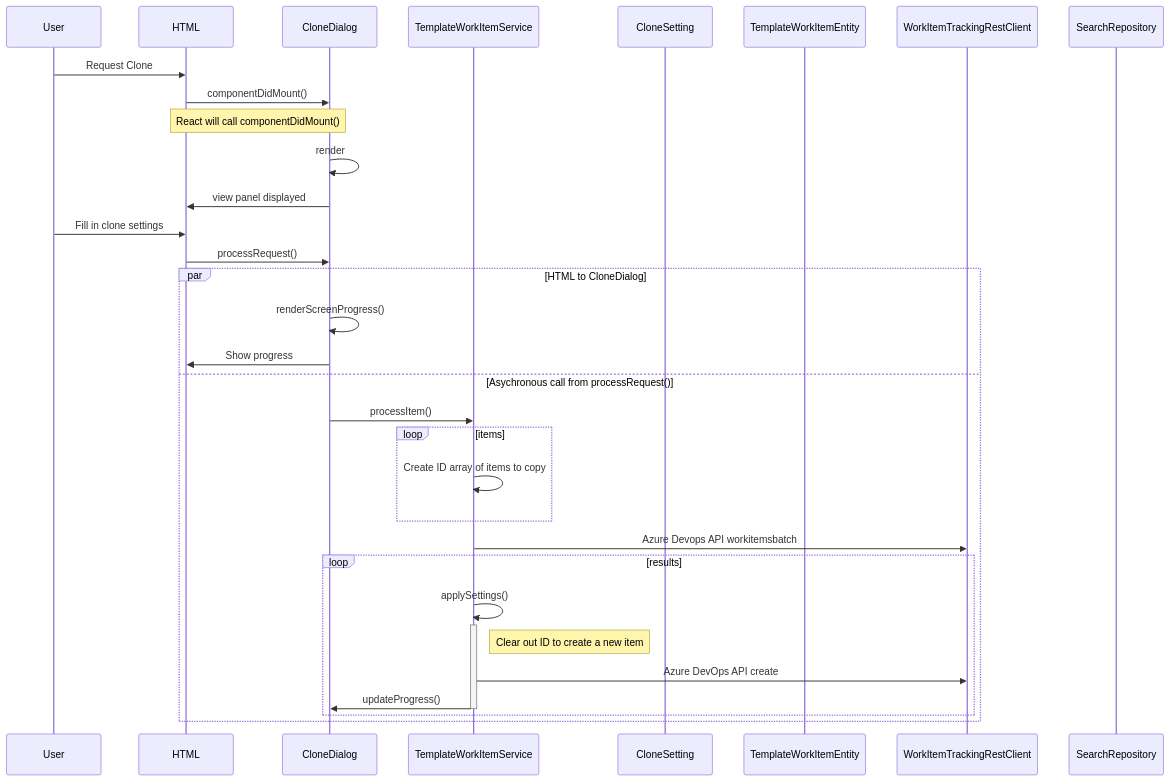
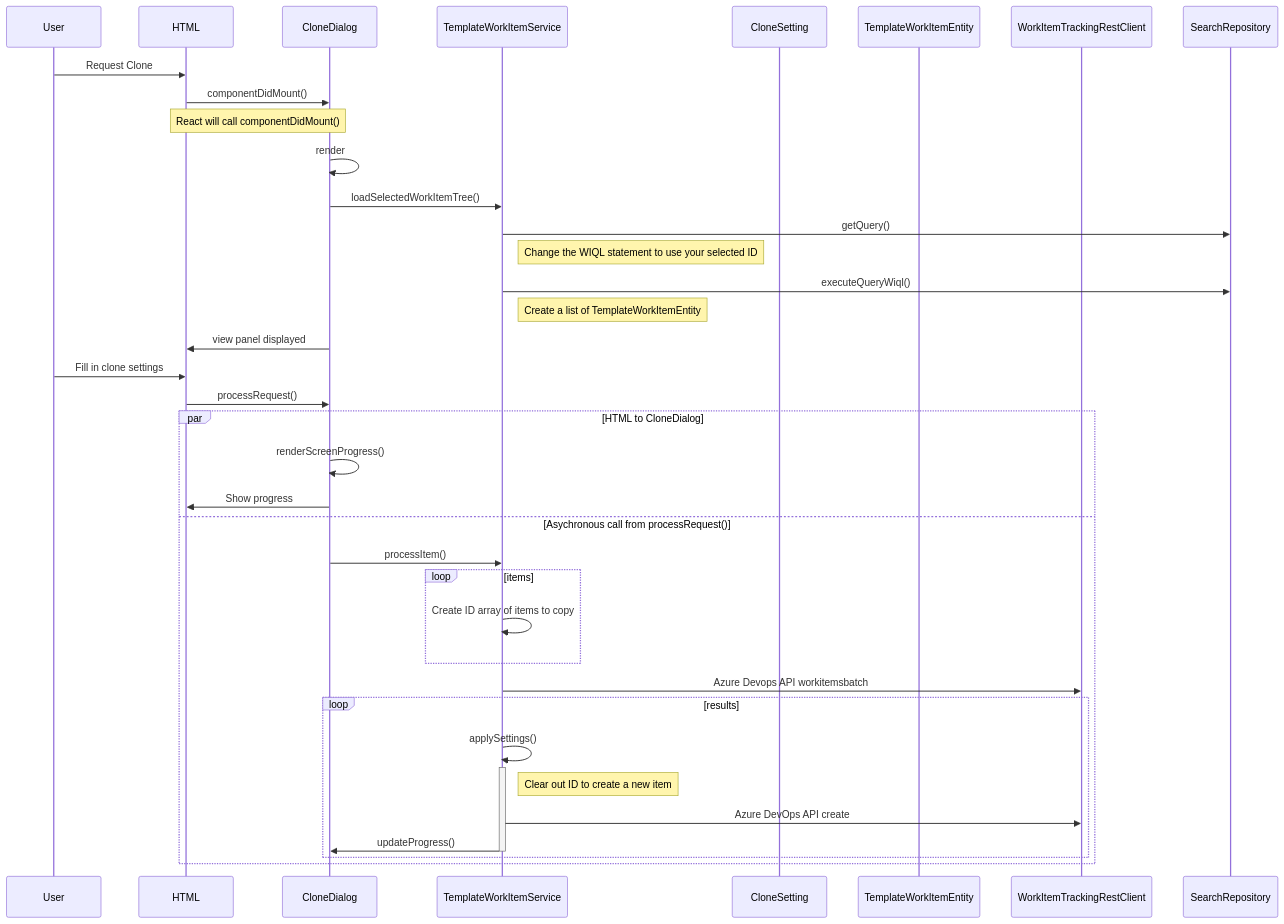
One commit to sara-sabr/rp-azuredevops-templater changed the second of 2 diagrams in documentation/diagrams.md. Above: the diagram before and after it, drawn with Mermaid.

````diff
--- a/documentation/diagrams.md
+++ b/documentation/diagrams.md
@@ -54,39 +54,44 @@
 ```mermaid
 sequenceDiagram
     participant User
     participant HTML
     participant CloneDialog
     participant TemplateWorkItemService
     participant CloneSetting
     participant TemplateWorkItemEntity
     participant WorkItemTrackingRestClient 
     participant SearchRepository
 
     User->>HTML: Request Clone
     HTML->>CloneDialog: componentDidMount()
     Note over HTML,CloneDialog: React will call componentDidMount()
     CloneDialog->>CloneDialog: render
+    CloneDialog->>TemplateWorkItemService: loadSelectedWorkItemTree()
+    TemplateWorkItemService->>SearchRepository: getQuery()
+    Note right of TemplateWorkItemService: Change the WIQL statement to use your selected ID
+    TemplateWorkItemService->>SearchRepository:executeQueryWiql() 
+    Note right of TemplateWorkItemService: Create a list of TemplateWorkItemEntity    
     CloneDialog->>HTML: view panel displayed
     User->>HTML: Fill in clone settings
     HTML->>CloneDialog:processRequest()
     par HTML to CloneDialog
       CloneDialog->>CloneDialog: renderScreenProgress()
       CloneDialog->>HTML: Show progress    
     and Asychronous call from processRequest()
       CloneDialog->>TemplateWorkItemService: processItem()
         loop items
           TemplateWorkItemService->>TemplateWorkItemService: Create ID array of items to copy
         end
         TemplateWorkItemService->>WorkItemTrackingRestClient: Azure Devops API workitemsbatch
         loop results
           TemplateWorkItemService->>TemplateWorkItemService: applySettings()
           activate TemplateWorkItemService        
           Note right of TemplateWorkItemService: Clear out ID to create a new item
           TemplateWorkItemService->>WorkItemTrackingRestClient: Azure DevOps API create
           TemplateWorkItemService->>CloneDialog: updateProgress()
           deactivate TemplateWorkItemService
         end
       
     end
     
 ```
````
